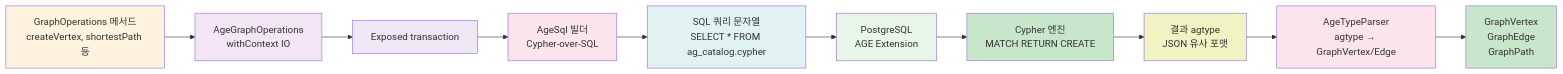
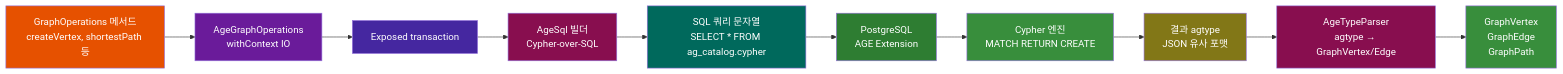
One commit to bluetape4k/bluetape4k-experimental changed the second of 12 diagrams in graph/graph-age/README.md. Above: the diagram before and after it, drawn with Mermaid. The commit also changed other lines of this file and 71 other files, not shown here.

First line of the commit message:
feat(graph): Memgraph, TinkerPop 백엔드 및 Neo4j/Memgraph/TinkerPop 예제 추가

````diff
--- a/graph/graph-age/README.md
+++ b/graph/graph-age/README.md
@@ -41,23 +41,23 @@
 ```mermaid
 graph LR
     A["GraphOperations 메서드<br/>createVertex, shortestPath 등"] --> B["AgeGraphOperations<br/>withContext IO"]
     B --> C["Exposed transaction"]
     C --> D["AgeSql 빌더<br/>Cypher-over-SQL"]
     D --> E["SQL 쿼리 문자열<br/>SELECT * FROM ag_catalog.cypher"]
     E --> F["PostgreSQL<br/>AGE Extension"]
     F --> G["Cypher 엔진<br/>MATCH RETURN CREATE"]
     G --> H["결과 agtype<br/>JSON 유사 포맷"]
     H --> I["AgeTypeParser<br/>agtype → GraphVertex/Edge"]
     I --> J["GraphVertex<br/>GraphEdge<br/>GraphPath"]
 
-    style A fill:#fff3e0
-    style B fill:#f3e5f5
-    style C fill:#ede7f6
-    style D fill:#fce4ec
-    style E fill:#e0f2f1
-    style F fill:#e8f5e9
-    style G fill:#c8e6c9
-    style H fill:#f0f4c3
-    style I fill:#fce4ec
-    style J fill:#c8e6c9
+    style A fill:#E65100,color:#fff
+    style B fill:#6A1B9A,color:#fff
+    style C fill:#4527A0,color:#fff
+    style D fill:#880E4F,color:#fff
+    style E fill:#00695C,color:#fff
+    style F fill:#2E7D32,color:#fff
+    style G fill:#388E3C,color:#fff
+    style H fill:#827717,color:#fff
+    style I fill:#880E4F,color:#fff
+    style J fill:#388E3C,color:#fff
 ```
````
